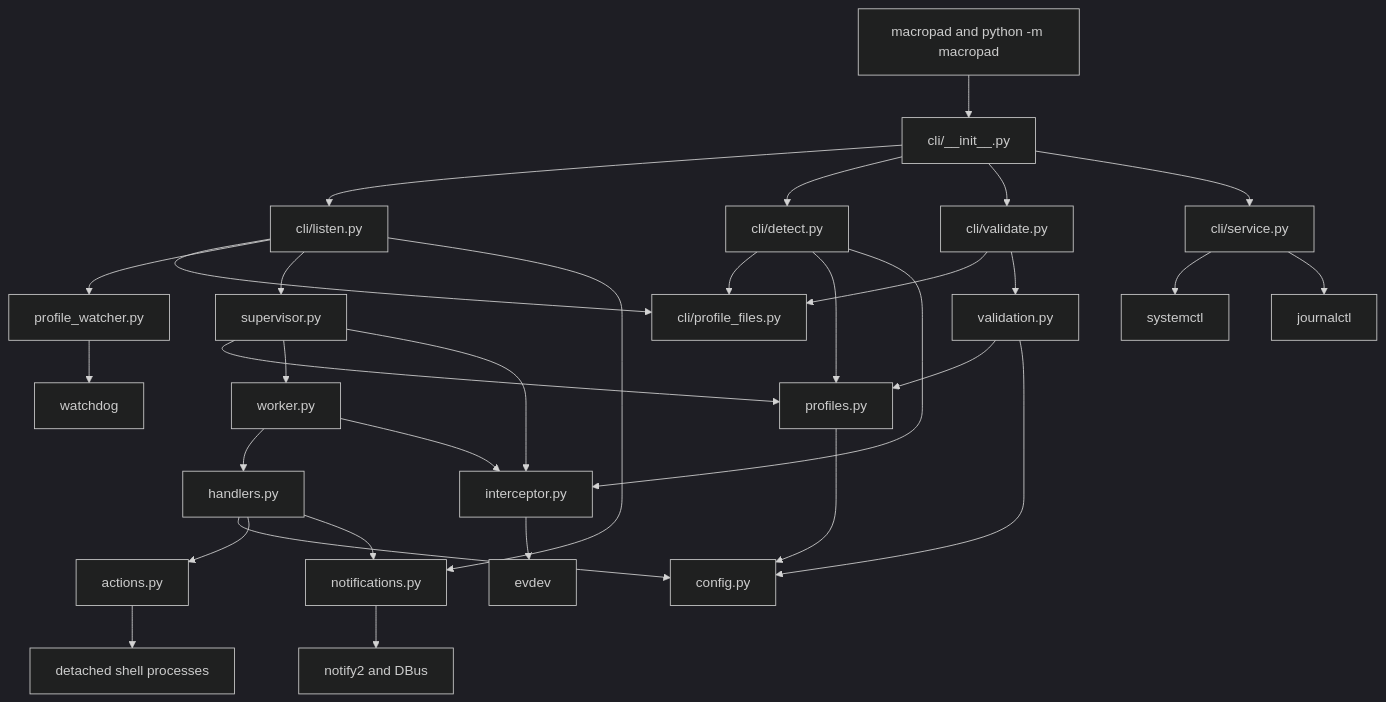
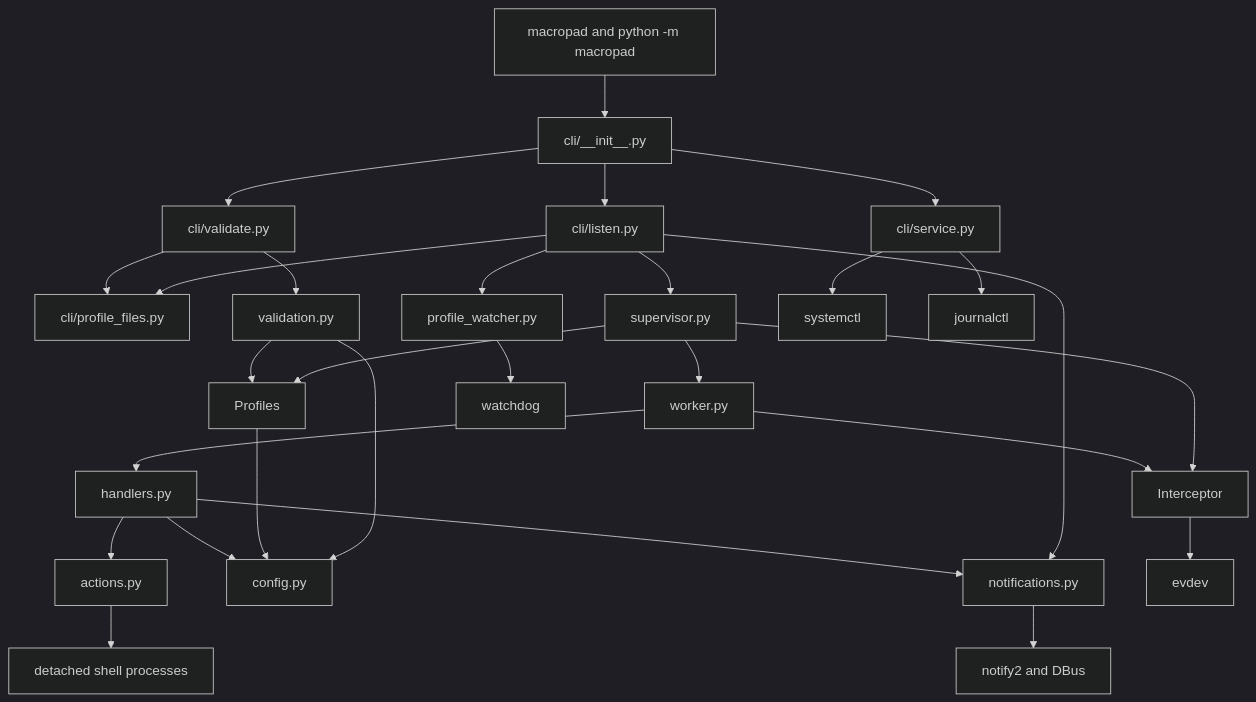
Before and after one commit to rafaelglikis/macropad: the first of 3 diagrams in src/macropad/README.md, drawn with Mermaid (dark theme). The commit also changed other lines of this file and 10 other files, not shown here.

````diff
--- a/src/macropad/README.md
+++ b/src/macropad/README.md
@@ -36,42 +35,37 @@
 ```mermaid
 flowchart TD
     Entrypoints[macropad and python -m macropad] --> CLI[cli/__init__.py]
     CLI --> Listen[cli/listen.py]
-    CLI --> Detect[cli/detect.py]
     CLI --> ValidateCommand[cli/validate.py]
     CLI --> Service[cli/service.py]
 
     Listen --> ProfileFiles[cli/profile_files.py]
     Listen --> ProfileWatcher[profile_watcher.py]
     Listen --> Supervisor[supervisor.py]
     Listen --> Notifications[notifications.py]
-
-    Detect --> ProfileFiles
-    Detect --> Profiles[profiles.py]
-    Detect --> Interceptor[interceptor.py]
 
     ValidateCommand --> ProfileFiles
     ValidateCommand --> Validation[validation.py]
 
     Supervisor --> Profiles
     Supervisor --> Worker[worker.py]
     Supervisor --> Interceptor
 
     Validation --> Profiles
     Validation --> Config
     Profiles --> Config[config.py]
     ProfileWatcher --> Watchdog[watchdog]
     Service --> Systemd[systemctl]
     Service --> Journal[journalctl]
 
     Worker --> Handler[handlers.py]
     Worker --> Interceptor
 
     Handler --> Config
     Handler --> Actions[actions.py]
     Handler --> Notifications
 
     Interceptor --> Evdev[evdev]
     Actions --> Shell[detached shell processes]
     Notifications --> Notify2[notify2 and DBus]
 ```
````
